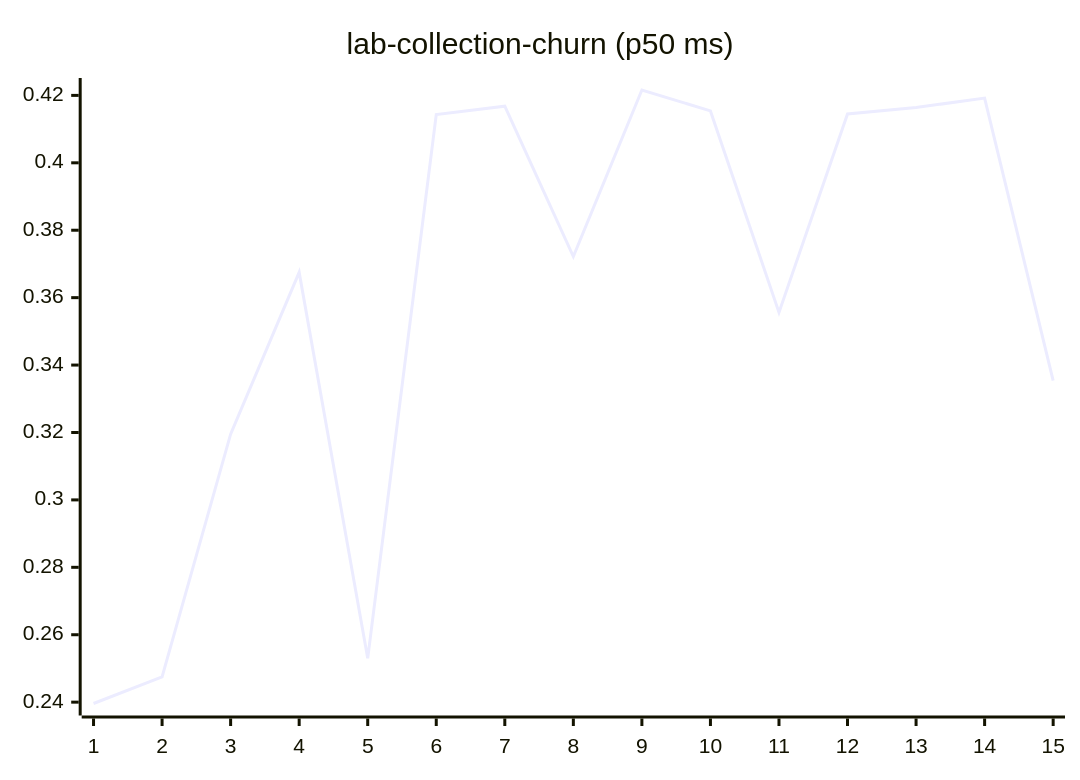
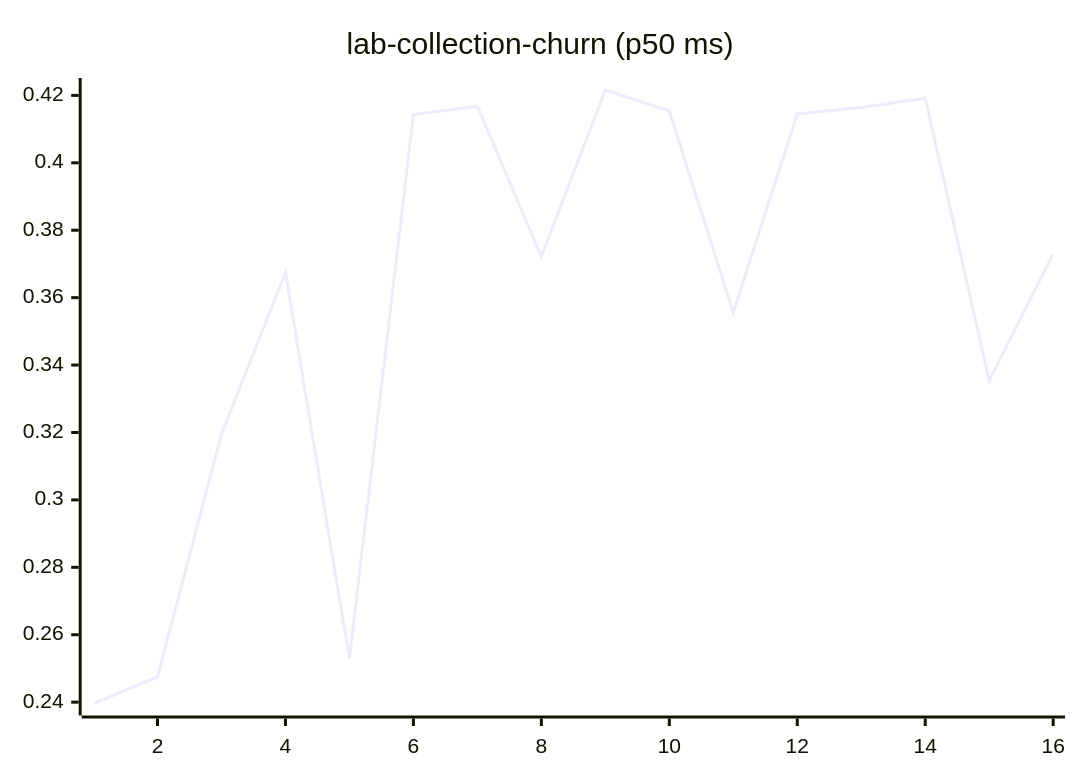
Before and after one commit to josha/Facet: diagram 11 of 27 in README.md, drawn with Mermaid. The commit also changed other lines of this file and 2 other files, not shown here.

````diff
--- a/README.md
+++ b/README.md
@@ -133,6 +133,6 @@
 ```mermaid
 xychart-beta
     title "lab-collection-churn (p50 ms)"
-    x-axis 1 --> 15
-    line [0.2396, 0.2475, 0.3195, 0.3675, 0.2530, 0.4143, 0.4168, 0.3722, 0.4216, 0.4154, 0.3556, 0.4145, 0.4164, 0.4192, 0.3354]
+    x-axis 1 --> 16
+    line [0.2396, 0.2475, 0.3195, 0.3675, 0.2530, 0.4143, 0.4168, 0.3722, 0.4216, 0.4154, 0.3556, 0.4145, 0.4164, 0.4192, 0.3354, 0.3730]
 ```
````
